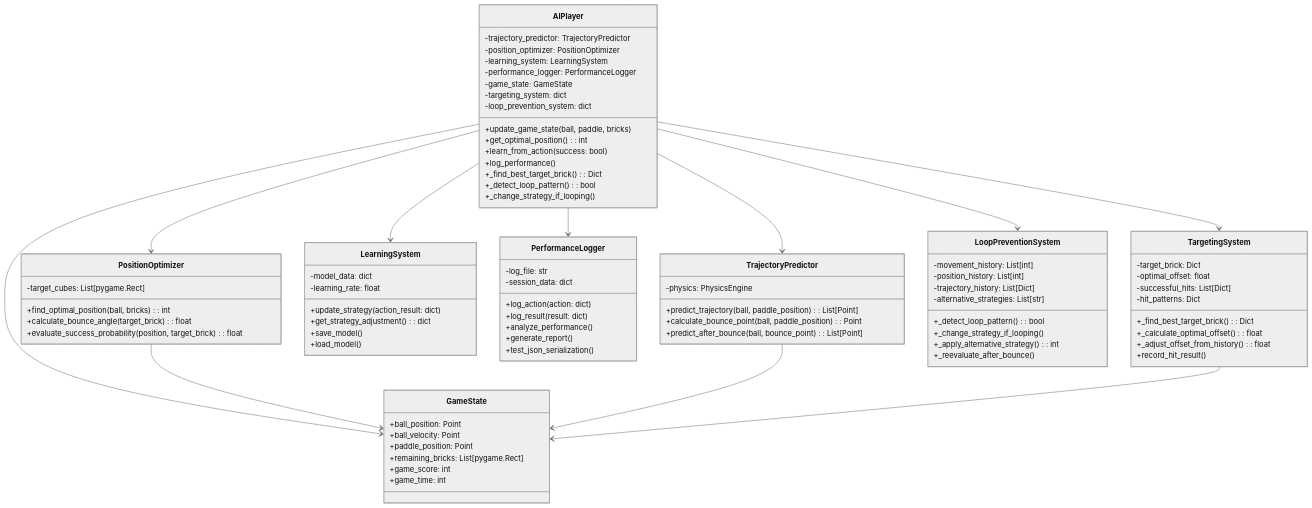
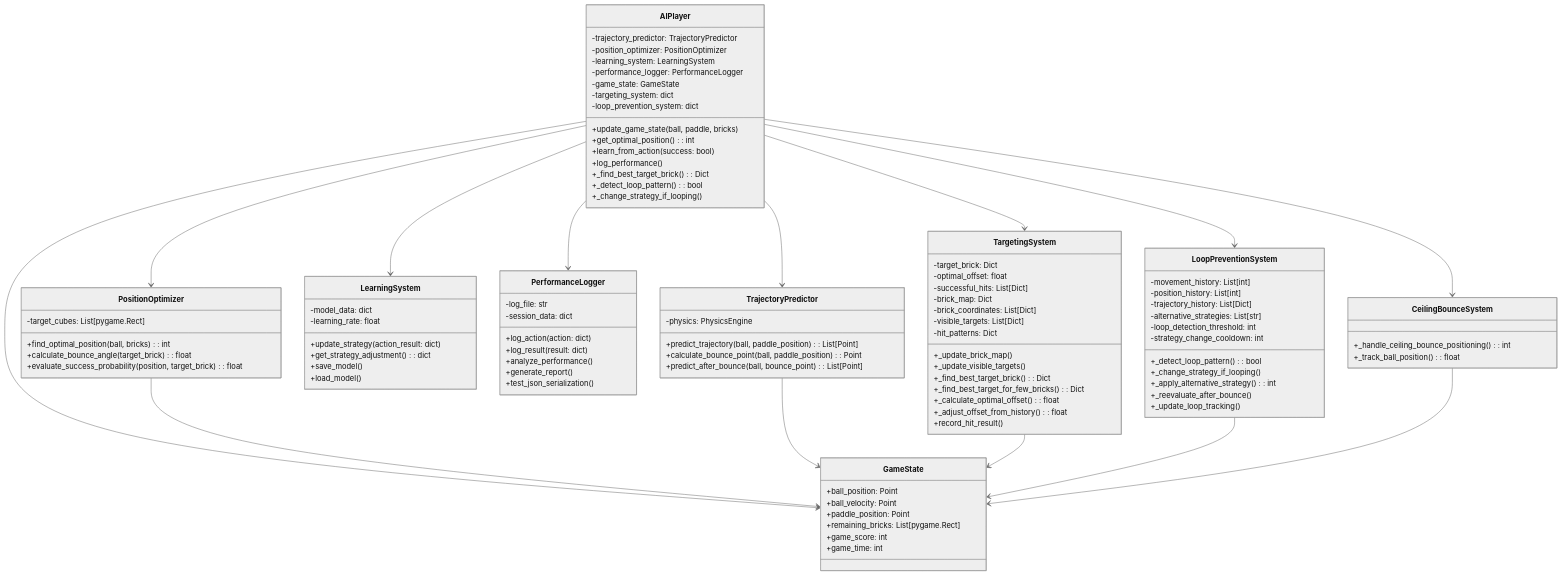
The first of 4 diagrams in docs/AI_ARCHITECTURE_DIAGRAM.md (LeraTheUnicorn/PygameArkanoid), drawn with Mermaid (neutral theme) before and after one commit. The commit also changed other lines of this file and 4 other files, not shown here.

Commit message:
Обновление диаграмм архитектуры AI: добавлены новые компоненты TargetingSystem и LoopPreventionSystem, исправлены диаграммы потоков и связей

````diff
--- a/docs/AI_ARCHITECTURE_DIAGRAM.md
+++ b/docs/AI_ARCHITECTURE_DIAGRAM.md
@@ -56,8 +56,14 @@
         -target_brick: Dict
         -optimal_offset: float
         -successful_hits: List[Dict]
+        -brick_map: Dict
+        -brick_coordinates: List[Dict]
+        -visible_targets: List[Dict]
         -hit_patterns: Dict
+        +_update_brick_map()
+        +_update_visible_targets()
         +_find_best_target_brick(): Dict
+        +_find_best_target_for_few_bricks(): Dict
         +_calculate_optimal_offset(): float
         +_adjust_offset_from_history(): float
         +record_hit_result()
@@ -68,10 +74,18 @@
         -position_history: List[int]
         -trajectory_history: List[Dict]
         -alternative_strategies: List[str]
+        -loop_detection_threshold: int
+        -strategy_change_cooldown: int
         +_detect_loop_pattern(): bool
         +_change_strategy_if_looping()
         +_apply_alternative_strategy(): int
         +_reevaluate_after_bounce()
+        +_update_loop_tracking()
+    }
+
+    class CeilingBounceSystem {
+        +_handle_ceiling_bounce_positioning(): int
+        +_track_ball_position(): float
     }
 
     class GameState {
@@ -90,7 +104,10 @@
     AIPlayer --> GameState
     AIPlayer --> TargetingSystem
     AIPlayer --> LoopPreventionSystem
+    AIPlayer --> CeilingBounceSystem
     PositionOptimizer --> GameState
     TrajectoryPredictor --> GameState
     TargetingSystem --> GameState
+    LoopPreventionSystem --> GameState
+    CeilingBounceSystem --> GameState
 ```
````
